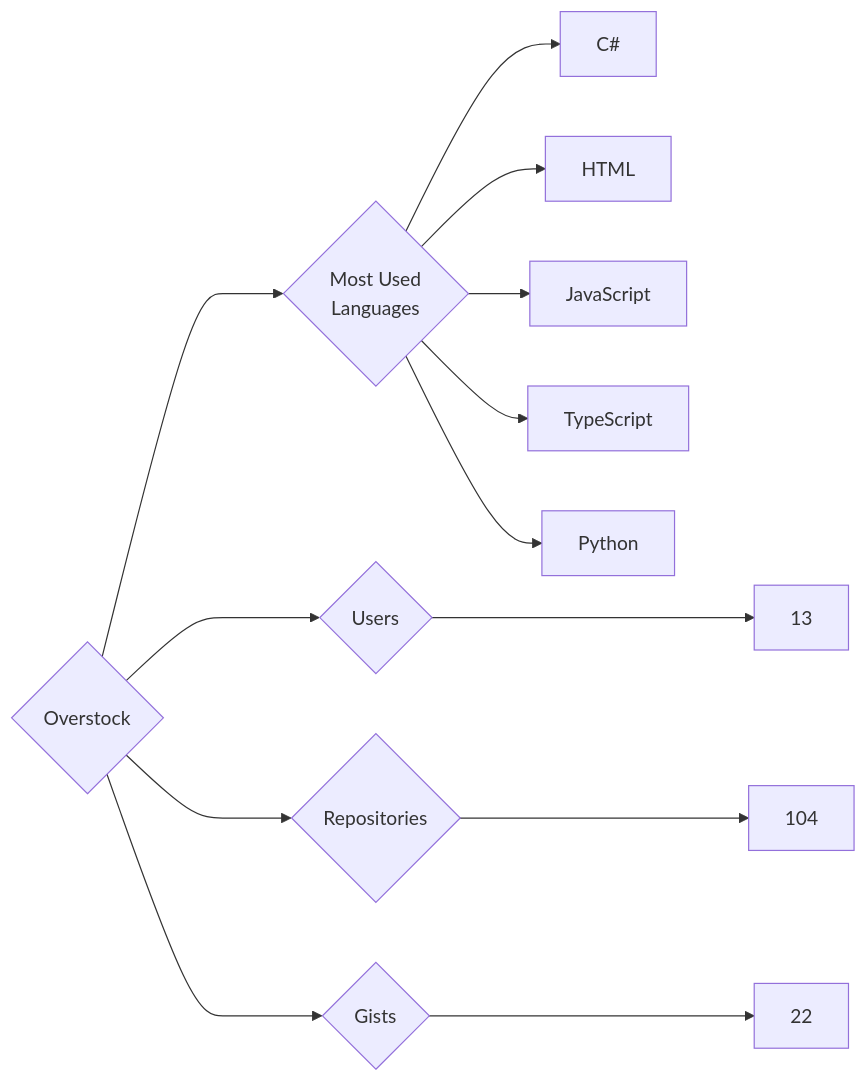
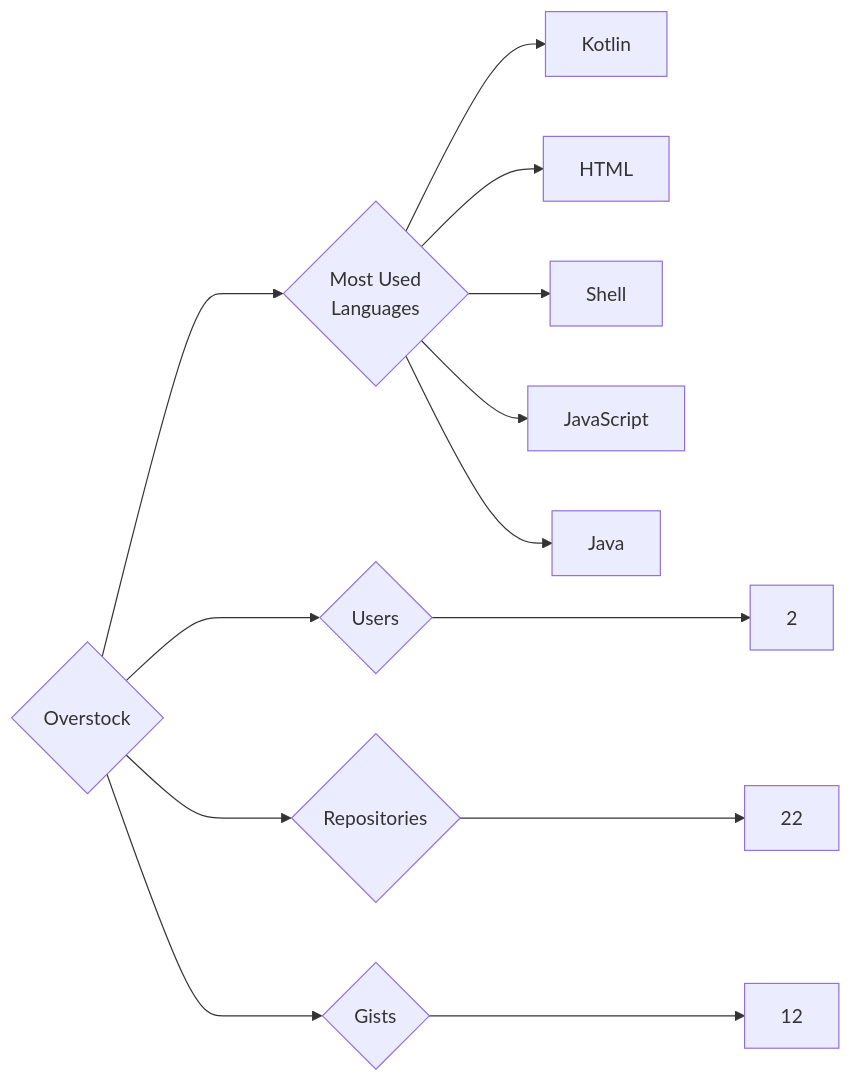
The diagram in targets/Overstock/README.md (trickest/insiders), drawn with Mermaid before and after one commit. The commit also changed 878 other files, not shown here.

````diff
--- a/targets/Overstock/README.md
+++ b/targets/Overstock/README.md
@@ -3,13 +3,13 @@
 ```mermaid
 graph LR
 COMPANY_NAME{Overstock}
-COMPANY_NAME ---> U{Users} ---> UN[13]
-COMPANY_NAME ---> R{Repositories} ---> RN[104]
-COMPANY_NAME ---> G{Gists} ---> GN[22]
+COMPANY_NAME ---> U{Users} ---> UN[2]
+COMPANY_NAME ---> R{Repositories} ---> RN[22]
+COMPANY_NAME ---> G{Gists} ---> GN[12]
 COMPANY_NAME ---> ML{Most Used<br>Languages}
-ML --> C#[C#]
+ML --> Kotlin[Kotlin]
 ML --> HTML[HTML]
+ML --> Shell[Shell]
 ML --> JavaScript[JavaScript]
-ML --> TypeScript[TypeScript]
-ML --> Python[Python]
+ML --> Java[Java]
 ```
````
